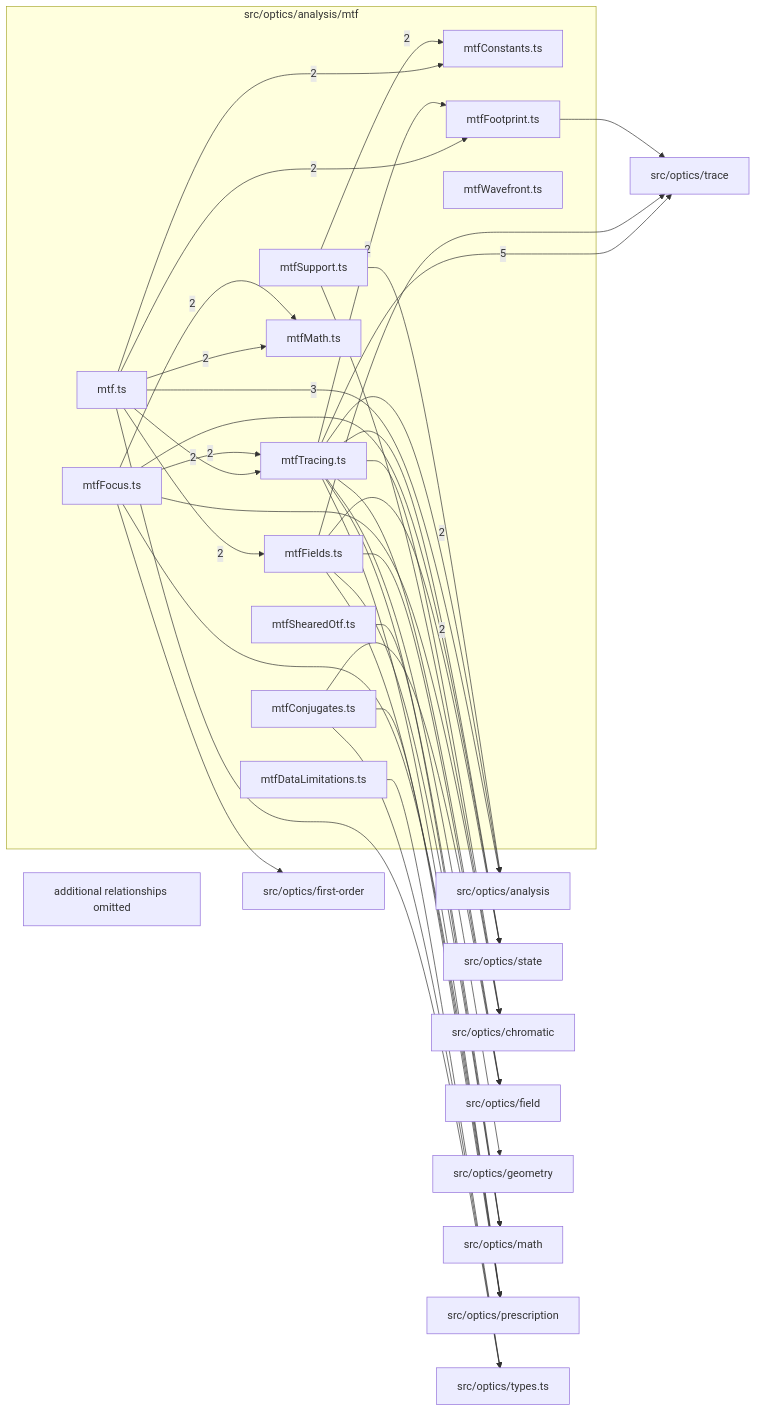
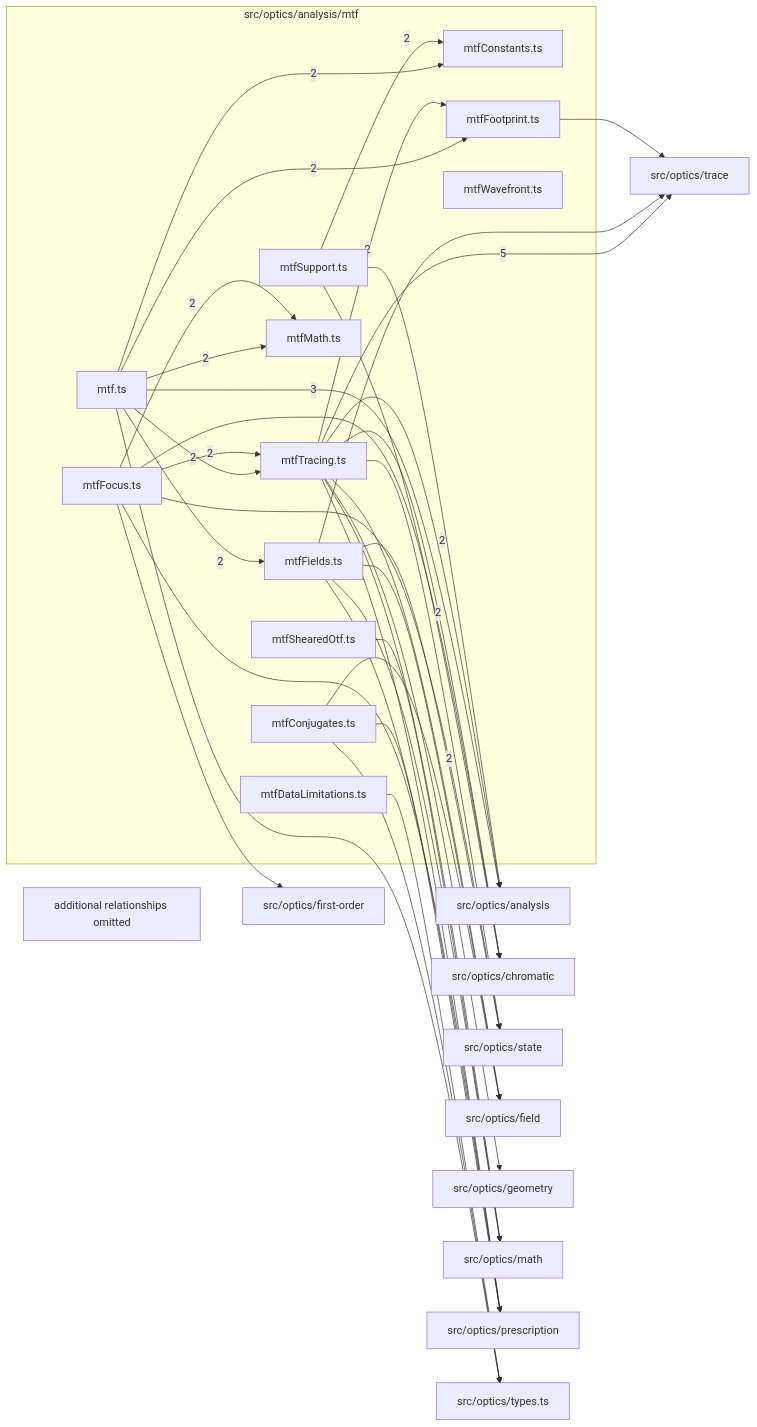
Before and after one commit to ronbuening/LensVisualizer: the diagram in src/optics/analysis/mtf/readme.md, drawn with Mermaid. The commit also changed other lines of this file and 44 other files, not shown here.

````diff
--- a/src/optics/analysis/mtf/readme.md
+++ b/src/optics/analysis/mtf/readme.md
@@ -9,64 +9,64 @@
 ```mermaid
 flowchart LR
   subgraph n_src_optics_analysis_mtf["src/optics/analysis/mtf"]
     n_src_optics_analysis_mtf_src_optics_analysis_mtf_mtf_ts["mtf.ts"]
     n_src_optics_analysis_mtf_src_optics_analysis_mtf_mtfConjugates_ts["mtfConjugates.ts"]
     n_src_optics_analysis_mtf_src_optics_analysis_mtf_mtfConstants_ts["mtfConstants.ts"]
     n_src_optics_analysis_mtf_src_optics_analysis_mtf_mtfDataLimitations_ts["mtfDataLimitations.ts"]
     n_src_optics_analysis_mtf_src_optics_analysis_mtf_mtfFields_ts["mtfFields.ts"]
     n_src_optics_analysis_mtf_src_optics_analysis_mtf_mtfFocus_ts["mtfFocus.ts"]
     n_src_optics_analysis_mtf_src_optics_analysis_mtf_mtfFootprint_ts["mtfFootprint.ts"]
     n_src_optics_analysis_mtf_src_optics_analysis_mtf_mtfMath_ts["mtfMath.ts"]
     n_src_optics_analysis_mtf_src_optics_analysis_mtf_mtfShearedOtf_ts["mtfShearedOtf.ts"]
     n_src_optics_analysis_mtf_src_optics_analysis_mtf_mtfSupport_ts["mtfSupport.ts"]
     n_src_optics_analysis_mtf_src_optics_analysis_mtf_mtfTracing_ts["mtfTracing.ts"]
     n_src_optics_analysis_mtf_src_optics_analysis_mtf_mtfWavefront_ts["mtfWavefront.ts"]
   end
   n_external_src_optics_trace["src/optics/trace"]
   n_external_src_optics_analysis["src/optics/analysis"]
+  n_external_src_optics_chromatic["src/optics/chromatic"]
   n_external_src_optics_state["src/optics/state"]
-  n_external_src_optics_chromatic["src/optics/chromatic"]
   n_external_src_optics_field["src/optics/field"]
   n_external_src_optics_first_order["src/optics/first-order"]
   n_external_src_optics_geometry["src/optics/geometry"]
   n_external_src_optics_math["src/optics/math"]
   n_external_src_optics_prescription["src/optics/prescription"]
   n_external_src_optics_types_ts["src/optics/types.ts"]
   n_src_optics_analysis_mtf_src_optics_analysis_mtf_mtfTracing_ts --> |5| n_external_src_optics_trace
   n_src_optics_analysis_mtf_src_optics_analysis_mtf_mtf_ts --> |3| n_external_src_optics_analysis
   n_src_optics_analysis_mtf_src_optics_analysis_mtf_mtfTracing_ts --> |2| n_external_src_optics_analysis
+  n_src_optics_analysis_mtf_src_optics_analysis_mtf_mtfSupport_ts --> |2| n_external_src_optics_chromatic
   n_src_optics_analysis_mtf_src_optics_analysis_mtf_mtfFields_ts --> |2| n_external_src_optics_state
   n_src_optics_analysis_mtf_src_optics_analysis_mtf_mtf_ts --> |2| n_src_optics_analysis_mtf_src_optics_analysis_mtf_mtfConstants_ts
   n_src_optics_analysis_mtf_src_optics_analysis_mtf_mtfSupport_ts --> |2| n_src_optics_analysis_mtf_src_optics_analysis_mtf_mtfConstants_ts
   n_src_optics_analysis_mtf_src_optics_analysis_mtf_mtf_ts --> |2| n_src_optics_analysis_mtf_src_optics_analysis_mtf_mtfFields_ts
   n_src_optics_analysis_mtf_src_optics_analysis_mtf_mtf_ts --> |2| n_src_optics_analysis_mtf_src_optics_analysis_mtf_mtfFootprint_ts
   n_src_optics_analysis_mtf_src_optics_analysis_mtf_mtfTracing_ts --> |2| n_src_optics_analysis_mtf_src_optics_analysis_mtf_mtfFootprint_ts
   n_src_optics_analysis_mtf_src_optics_analysis_mtf_mtf_ts --> |2| n_src_optics_analysis_mtf_src_optics_analysis_mtf_mtfMath_ts
   n_src_optics_analysis_mtf_src_optics_analysis_mtf_mtfFocus_ts --> |2| n_src_optics_analysis_mtf_src_optics_analysis_mtf_mtfMath_ts
   n_src_optics_analysis_mtf_src_optics_analysis_mtf_mtf_ts --> |2| n_src_optics_analysis_mtf_src_optics_analysis_mtf_mtfTracing_ts
   n_src_optics_analysis_mtf_src_optics_analysis_mtf_mtfFocus_ts --> |2| n_src_optics_analysis_mtf_src_optics_analysis_mtf_mtfTracing_ts
   n_src_optics_analysis_mtf_src_optics_analysis_mtf_mtfSupport_ts --> n_external_src_optics_analysis
   n_src_optics_analysis_mtf_src_optics_analysis_mtf_mtfFocus_ts --> n_external_src_optics_chromatic
-  n_src_optics_analysis_mtf_src_optics_analysis_mtf_mtfSupport_ts --> n_external_src_optics_chromatic
   n_src_optics_analysis_mtf_src_optics_analysis_mtf_mtfTracing_ts --> n_external_src_optics_chromatic
   n_src_optics_analysis_mtf_src_optics_analysis_mtf_mtfConjugates_ts --> n_external_src_optics_field
   n_src_optics_analysis_mtf_src_optics_analysis_mtf_mtfFields_ts --> n_external_src_optics_field
   n_src_optics_analysis_mtf_src_optics_analysis_mtf_mtfTracing_ts --> n_external_src_optics_field
   n_src_optics_analysis_mtf_src_optics_analysis_mtf_mtfFocus_ts --> n_external_src_optics_first_order
   n_src_optics_analysis_mtf_src_optics_analysis_mtf_mtfTracing_ts --> n_external_src_optics_geometry
   n_src_optics_analysis_mtf_src_optics_analysis_mtf_mtfFields_ts --> n_external_src_optics_math
   n_src_optics_analysis_mtf_src_optics_analysis_mtf_mtfShearedOtf_ts --> n_external_src_optics_math
   n_src_optics_analysis_mtf_src_optics_analysis_mtf_mtfTracing_ts --> n_external_src_optics_math
   n_src_optics_analysis_mtf_src_optics_analysis_mtf_mtfConjugates_ts --> n_external_src_optics_prescription
   n_src_optics_analysis_mtf_src_optics_analysis_mtf_mtfFields_ts --> n_external_src_optics_prescription
   n_src_optics_analysis_mtf_src_optics_analysis_mtf_mtfFocus_ts --> n_external_src_optics_prescription
   n_src_optics_analysis_mtf_src_optics_analysis_mtf_mtfTracing_ts --> n_external_src_optics_prescription
   n_src_optics_analysis_mtf_src_optics_analysis_mtf_mtfFocus_ts --> n_external_src_optics_state
   n_src_optics_analysis_mtf_src_optics_analysis_mtf_mtfTracing_ts --> n_external_src_optics_state
   n_src_optics_analysis_mtf_src_optics_analysis_mtf_mtfFields_ts --> n_external_src_optics_trace
   n_src_optics_analysis_mtf_src_optics_analysis_mtf_mtfFootprint_ts --> n_external_src_optics_trace
   n_src_optics_analysis_mtf_src_optics_analysis_mtf_mtf_ts --> n_external_src_optics_types_ts
   n_src_optics_analysis_mtf_src_optics_analysis_mtf_mtfConjugates_ts --> n_external_src_optics_types_ts
   n_src_optics_analysis_mtf_src_optics_analysis_mtf_mtfDataLimitations_ts --> n_external_src_optics_types_ts
   n_src_optics_analysis_mtf_truncated["additional relationships omitted"]
 ```
````
